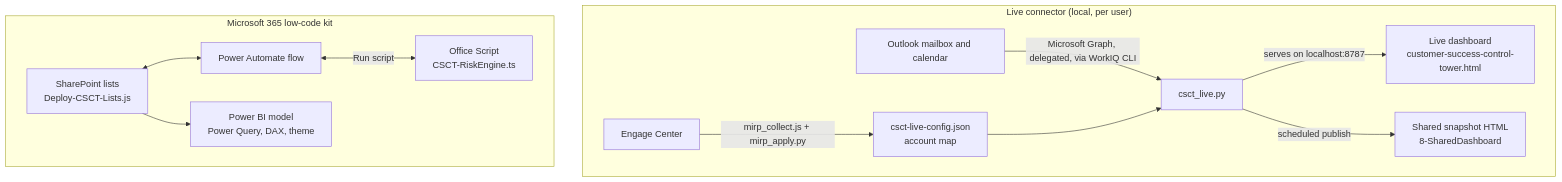
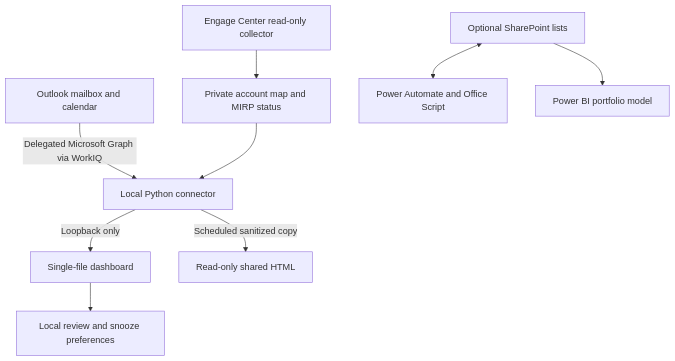
Before and after one commit to erentechlabs/Customer-Success-Control-Tower: the diagram in README.md, drawn with Mermaid. The commit also changed other lines of this file and 45 other files, not shown here.

First line of the commit message:
Publish compact WinUI dashboard and quiet case follow-up

````diff
--- a/README.md
+++ b/README.md
@@ -46,17 +58,11 @@
 ```mermaid
 flowchart TB
-    subgraph Live["Live connector (local, per user)"]
-        direction LR
-        OL[Outlook mailbox and calendar] -->|Microsoft Graph, delegated, via WorkIQ CLI| PY[csct_live.py]
-        EC[Engage Center] -->|mirp_collect.js + mirp_apply.py| CFG[csct-live-config.json<br/>account map]
-        CFG --> PY
-        PY -->|serves on localhost:8787| DASH[Live dashboard<br/>customer-success-control-tower.html]
-        PY -->|scheduled publish| SNAP[Shared snapshot HTML<br/>8-SharedDashboard]
-    end
-    subgraph M365["Microsoft 365 low-code kit"]
-        direction LR
-        SP[SharePoint lists<br/>Deploy-CSCT-Lists.js] <--> PA[Power Automate flow]
-        PA <-->|Run script| OS[Office Script<br/>CSCT-RiskEngine.ts]
-        SP --> PBI[Power BI model<br/>Power Query, DAX, theme]
-    end
+    OL[Outlook mailbox and calendar] -->|Delegated Microsoft Graph via WorkIQ| PY[Local Python connector]
+    EC[Engage Center read-only collector] --> CFG[Private account map and MIRP status]
+    CFG --> PY
+    PY -->|Loopback only| DASH[Single-file dashboard]
+    DASH --> AT[Local review and snooze preferences]
+    PY -->|Scheduled sanitized copy| SNAP[Read-only shared HTML]
+    SP[Optional SharePoint lists] <--> PA[Power Automate and Office Script]
+    SP --> BI[Power BI portfolio model]
 ```
````
